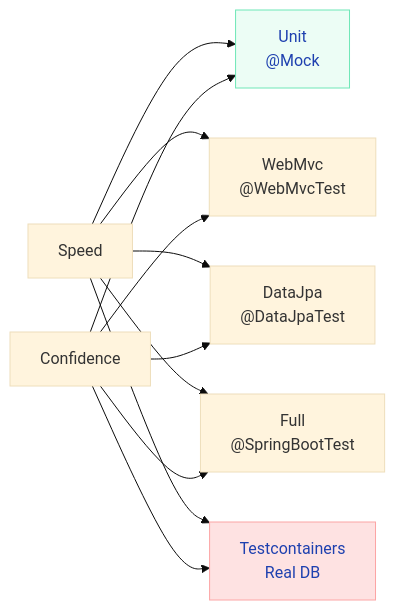
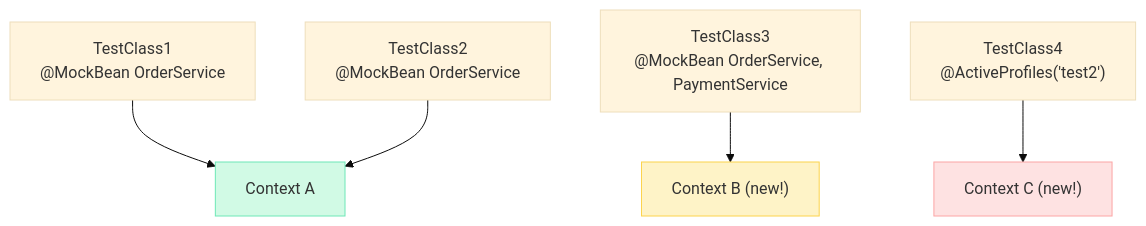
One commit to saivamsikaruturi/vamsilabs-dev-notes-main changed the third of 4 diagrams in docs/springboot/testing.md. Above: the diagram before and after it, drawn with Mermaid (base theme). The commit also changed other lines of this file and 21 other files, not shown here.

First line of the commit message:
Rewrite 20 Spring Boot + 2 Microservices pages as deep interview-prep guides

````diff
--- a/docs/springboot/testing.md
+++ b/docs/springboot/testing.md
@@ -773,17 +1017,11 @@
 ```mermaid
-flowchart LR
-    Speed["Speed"] --> Unit["Unit<br/>@Mock"]
-    Speed --> Web["WebMvc<br/>@WebMvcTest"]
-    Speed --> Data["DataJpa<br/>@DataJpaTest"]
-    Speed --> Full["Full<br/>@SpringBootTest"]
-    Speed --> TC["Testcontainers<br/>Real DB"]
+graph TD
+    TC1["TestClass1<br/>@MockBean OrderService"] --> CTX1["Context A"]
+    TC2["TestClass2<br/>@MockBean OrderService"] --> CTX1
+    TC3["TestClass3<br/>@MockBean OrderService, PaymentService"] --> CTX2["Context B (new!)"]
+    TC4["TestClass4<br/>@ActiveProfiles('test2')"] --> CTX3["Context C (new!)"]
 
-    Confidence["Confidence"] --> TC
-    Confidence --> Full
-    Confidence --> Data
-    Confidence --> Web
-    Confidence --> Unit
-
-    style Unit fill:#ECFDF5,stroke:#6EE7B7,color:#1E40AF
-    style TC fill:#FEE2E2,stroke:#FCA5A5,color:#1E40AF
+    style CTX1 fill:#D1FAE5,stroke:#6EE7B7
+    style CTX2 fill:#FEF3C7,stroke:#FCD34D
+    style CTX3 fill:#FEE2E2,stroke:#FCA5A5
 ```
````
